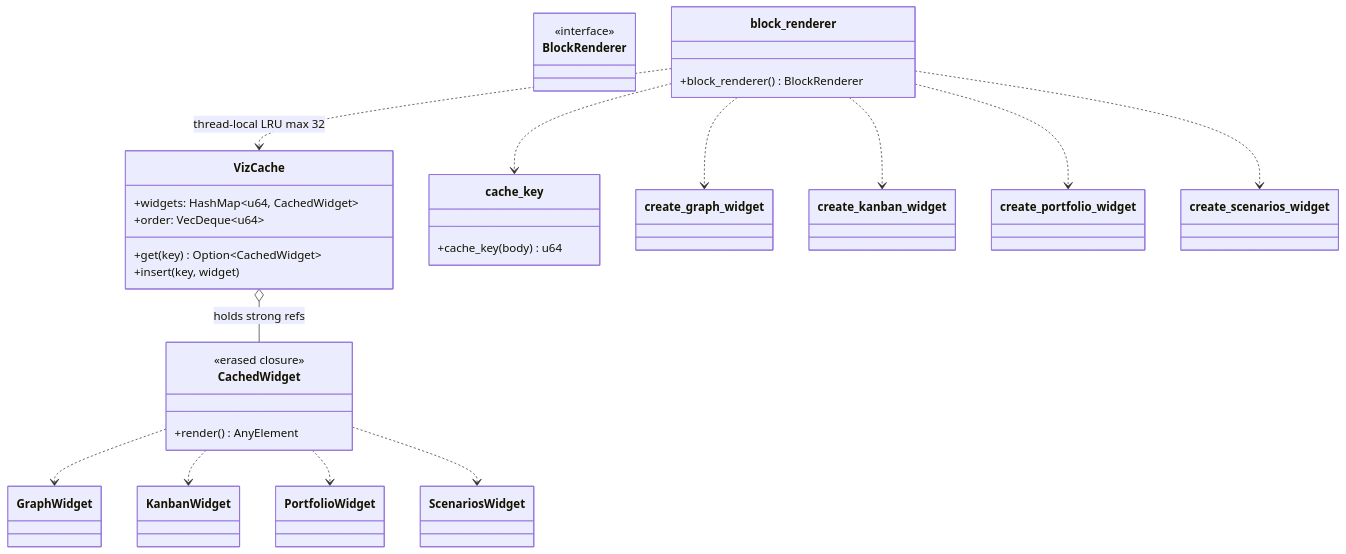
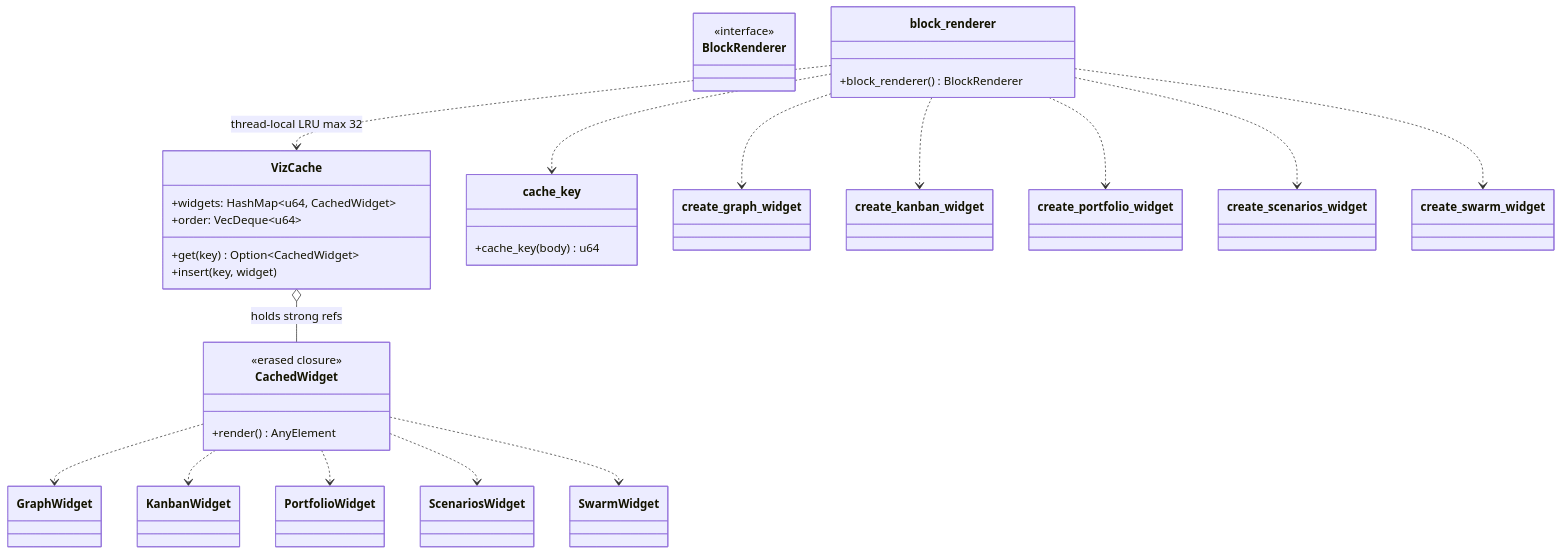
Before and after one commit to mdz-axo/zed-kask: the diagram in kask/docs/diagrams/class-hkask-viz-core.md, drawn with Mermaid. The commit also changed other lines of this file and 29 other files, not shown here.

First line of the commit message:
docs: Refresh docs triage, add metadata headers, new diagrams

````diff
--- a/kask/docs/diagrams/class-hkask-viz-core.md
+++ b/kask/docs/diagrams/class-hkask-viz-core.md
@@ -20,38 +20,41 @@
 ```mermaid
 classDiagram
     class BlockRenderer {
         <<interface>>
     }
     class block_renderer {
         +block_renderer() BlockRenderer
     }
     class VizCache {
         +widgets: HashMap~u64, CachedWidget~
         +order: VecDeque~u64~
         +get(key) Option~CachedWidget~
         +insert(key, widget)
     }
     class CachedWidget {
         <<erased closure>>
         +render() AnyElement
     }
     class cache_key {
         +cache_key(body) u64
     }
     class create_graph_widget
     class create_kanban_widget
     class create_portfolio_widget
     class create_scenarios_widget
+    class create_swarm_widget
 
     block_renderer ..> VizCache : thread-local LRU max 32
     block_renderer ..> cache_key
     block_renderer ..> create_graph_widget
     block_renderer ..> create_kanban_widget
     block_renderer ..> create_portfolio_widget
     block_renderer ..> create_scenarios_widget
+    block_renderer ..> create_swarm_widget
     VizCache o-- CachedWidget : holds strong refs
     CachedWidget ..> GraphWidget
     CachedWidget ..> KanbanWidget
     CachedWidget ..> PortfolioWidget
     CachedWidget ..> ScenariosWidget
+    CachedWidget ..> SwarmWidget
 ```
````
